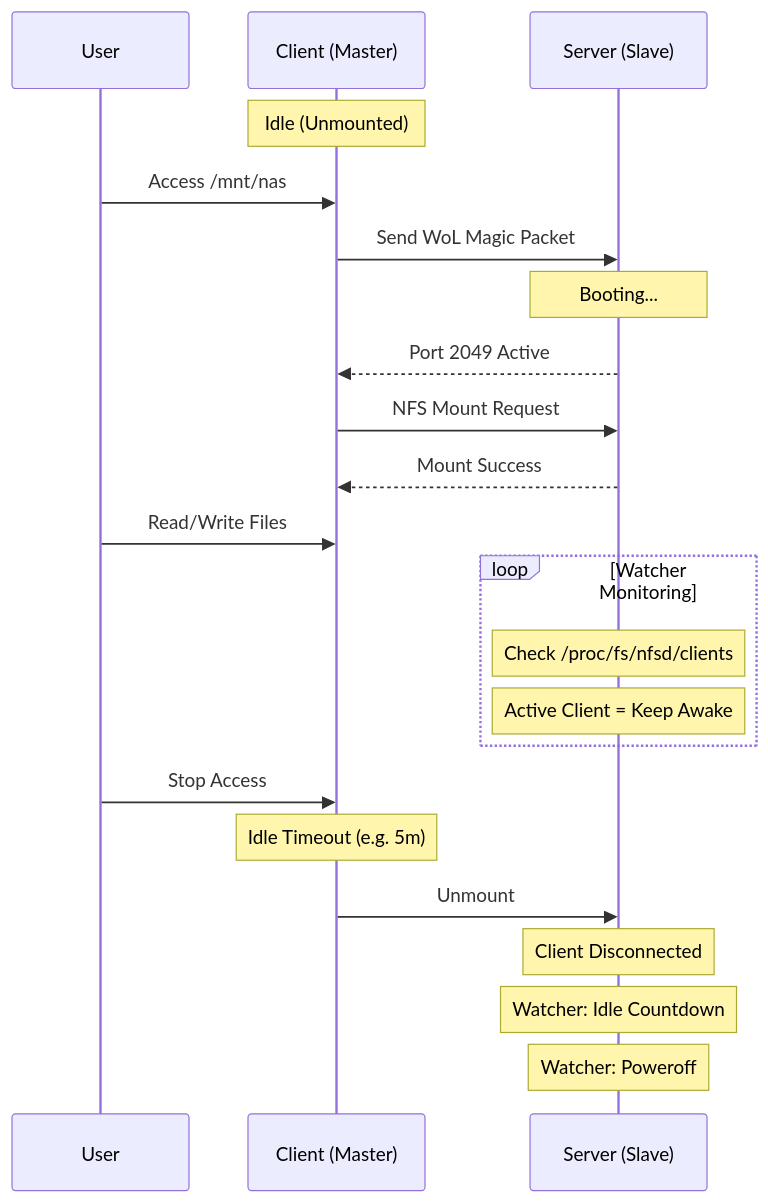
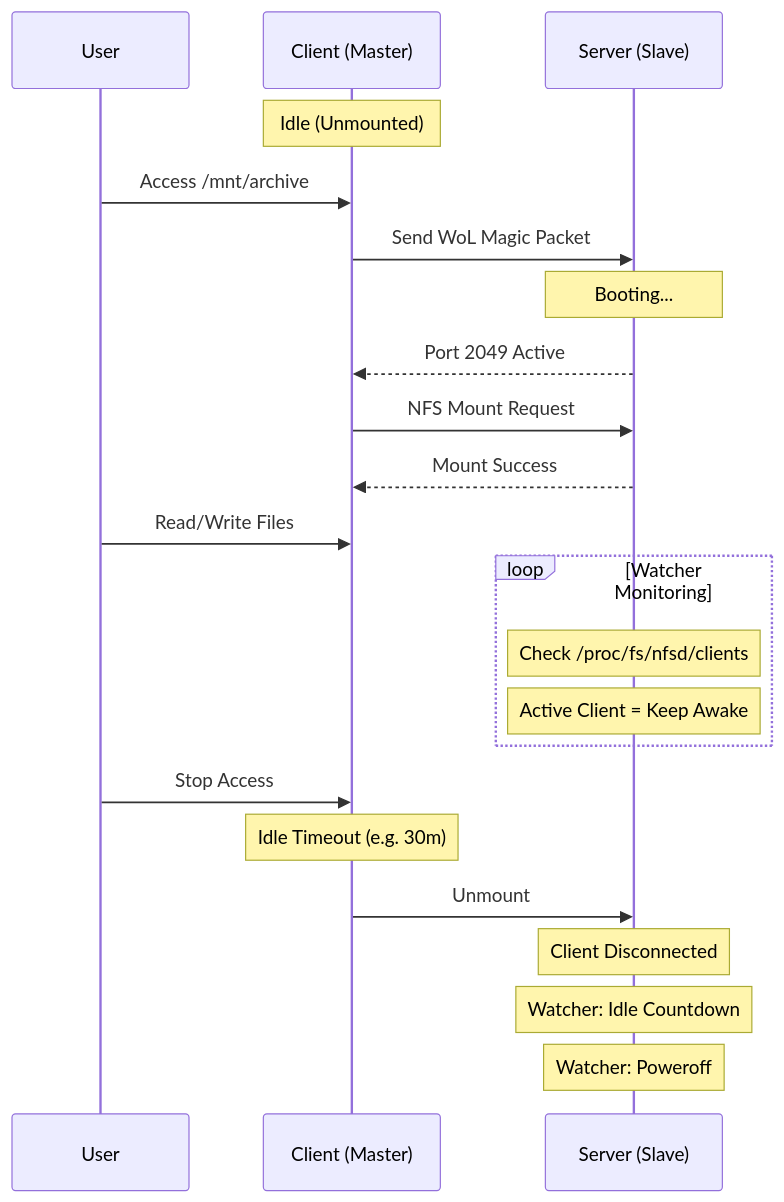
Before and after one commit to Shiritai/autonfs: the first of 2 diagrams in README_zh-TW.md, drawn with Mermaid. The commit also changed other lines of this file and 2 other files, not shown here.

````diff
--- a/README_zh-TW.md
+++ b/README_zh-TW.md
@@ -88,28 +82,28 @@
 ```mermaid
 sequenceDiagram
     participant User
     participant C as Client (Master)
     participant S as Server (Slave)
 
     Note over C: Idle (Unmounted)
-    User->>C: Access /mnt/nas
+    User->>C: Access /mnt/archive
     C->>S: Send WoL Magic Packet
     Note over S: Booting...
     S-->>C: Port 2049 Active
     C->>S: NFS Mount Request
     S-->>C: Mount Success
     User->>C: Read/Write Files
     
     loop Watcher Monitoring
         Note over S: Check /proc/fs/nfsd/clients
         Note over S: Active Client = Keep Awake
     end
 
     User->>C: Stop Access
-    Note over C: Idle Timeout (e.g. 5m)
+    Note over C: Idle Timeout (e.g. 30m)
     C->>S: Unmount
     
     Note over S: Client Disconnected
     Note over S: Watcher: Idle Countdown
     Note over S: Watcher: Poweroff
 ```
````
